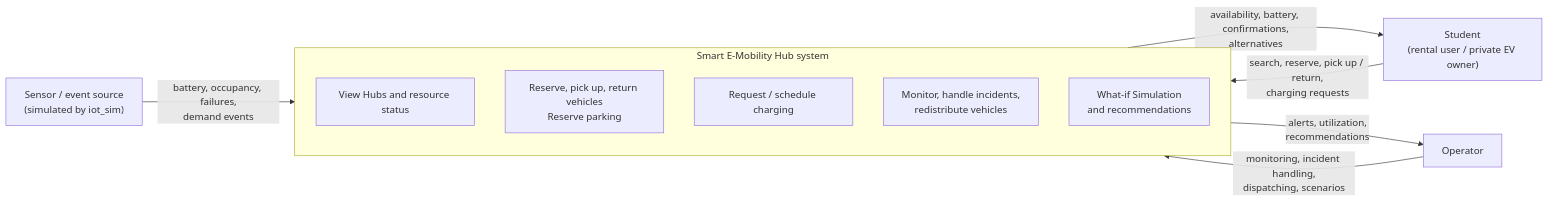
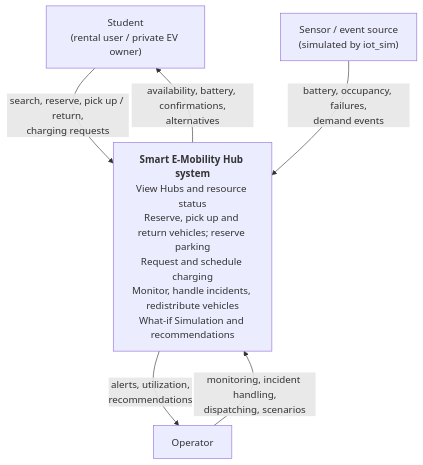
Before and after one commit to MabC06/smart-e-mobility-hub: the diagram in docs/report/01-introduction.md, drawn with Mermaid. The commit also changed other lines of this file and 2 other files, not shown here.

First line of the commit message:
docs(report): finish the introduction and the architecture section (D-026, D-027, D-028)

````diff
--- a/docs/report/01-introduction.md
+++ b/docs/report/01-introduction.md
@@ -98,21 +100,14 @@
 ```mermaid
-flowchart LR
+flowchart TB
     ST["Student<br/>(rental user / private EV owner)"]
     OP["Operator"]
     IOT["Sensor / event source<br/>(simulated by iot_sim)"]
 
-    subgraph SYS["Smart E-Mobility Hub system"]
-        direction TB
-        F1["View Hubs and resource status"]
-        F2["Reserve, pick up, return vehicles<br/>Reserve parking"]
-        F3["Request / schedule charging"]
-        F4["Monitor, handle incidents,<br/>redistribute vehicles"]
-        F5["What-if Simulation<br/>and recommendations"]
-    end
+    SYS["<b>Smart E-Mobility Hub system</b><br/>View Hubs and resource status<br/>Reserve, pick up and return vehicles; reserve parking<br/>Request and schedule charging<br/>Monitor, handle incidents, redistribute vehicles<br/>What-if Simulation and recommendations"]
 
     ST -->|"search, reserve, pick up / return,<br/>charging requests"| SYS
     SYS -->|"availability, battery, confirmations,<br/>alternatives"| ST
     OP -->|"monitoring, incident handling,<br/>dispatching, scenarios"| SYS
     SYS -->|"alerts, utilization,<br/>recommendations"| OP
     IOT -->|"battery, occupancy, failures,<br/>demand events"| SYS
 ```
````
